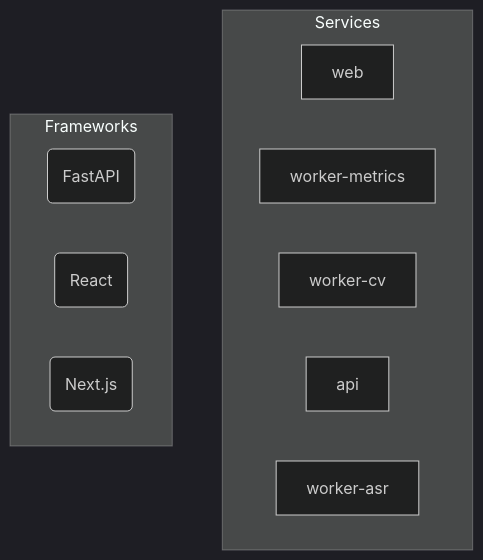
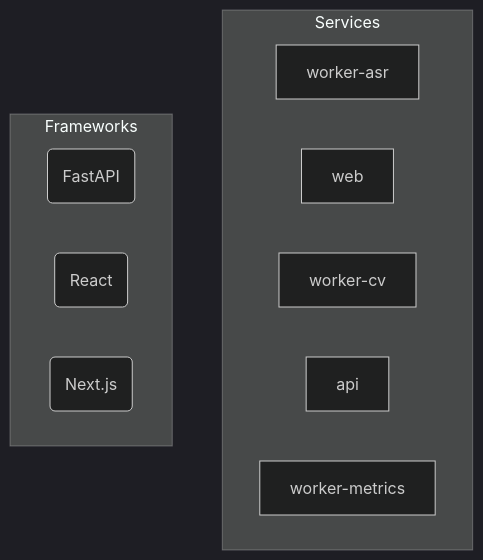
Before and after one commit to NITISH-R-G/PedagogyX: the diagram in README.md, drawn with Mermaid (dark theme). The commit also changed other lines of this file and 3 other files, not shown here.

Commit message:
docs: auto-generate repository documentation and diagrams [skip ci]

````diff
--- a/README.md
+++ b/README.md
@@ -38,22 +38,22 @@
 ```mermaid
 graph TD
     subgraph Services
+        worker_asr["worker-asr"]
+        click worker_asr href "services/worker-asr" "Go to worker-asr source"
         web["web"]
         click web href "services/web" "Go to web source"
-        worker_metrics["worker-metrics"]
-        click worker_metrics href "services/worker-metrics" "Go to worker-metrics source"
         worker_cv["worker-cv"]
         click worker_cv href "services/worker-cv" "Go to worker-cv source"
         api["api"]
         click api href "services/api" "Go to api source"
-        worker_asr["worker-asr"]
-        click worker_asr href "services/worker-asr" "Go to worker-asr source"
+        worker_metrics["worker-metrics"]
+        click worker_metrics href "services/worker-metrics" "Go to worker-metrics source"
     end
 
     subgraph Frameworks
         FastAPI(FastAPI)
         React(React)
         Next_js(Next.js)
     end
 
 ```
````
